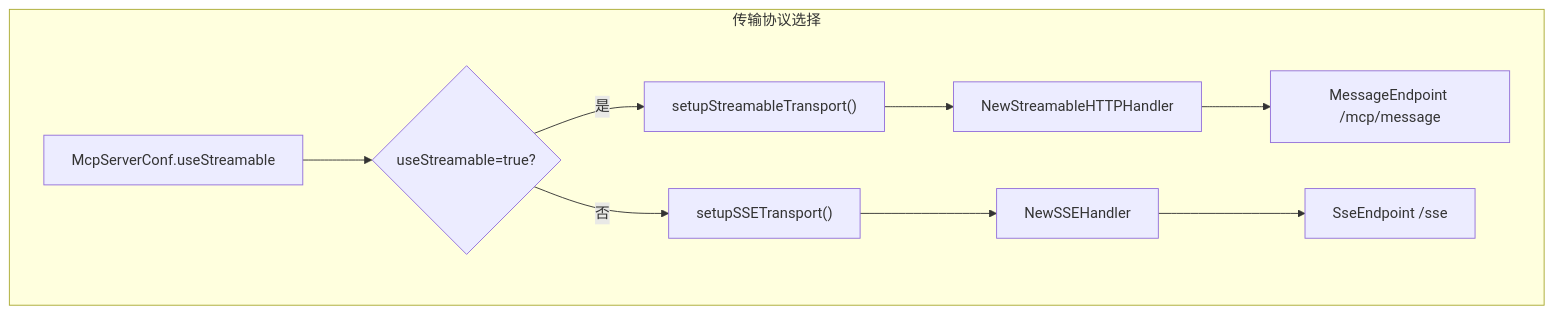
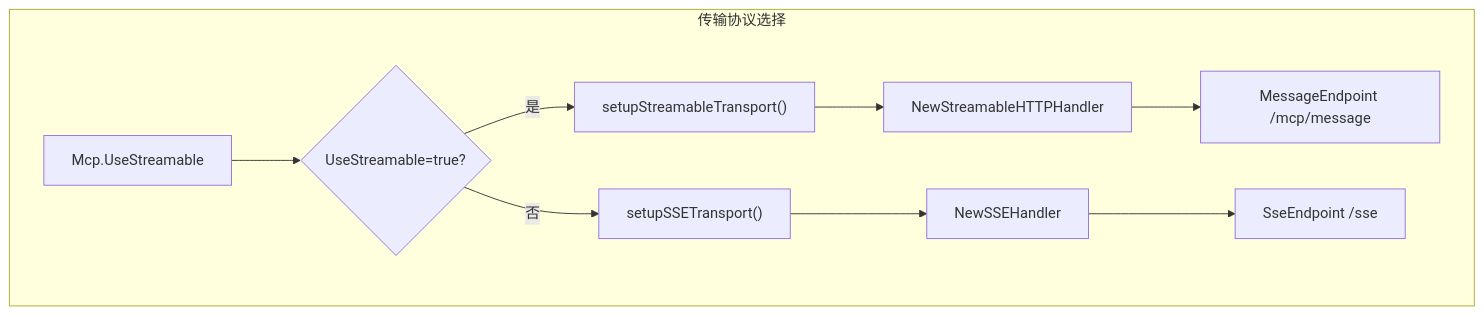
The fifth of 9 diagrams in .qoder/repowiki/zh/content/AI应用模块/MCP服务器.md (maomao94/zero-service), drawn with Mermaid before and after one commit. The commit also changed other lines of this file and 29 other files, not shown here.

````diff
--- a/.qoder/repowiki/zh/content/AI应用模块/MCP服务器.md
+++ b/.qoder/repowiki/zh/content/AI应用模块/MCP服务器.md
@@ -281,12 +288,12 @@
 ```mermaid
 graph TB
 subgraph "传输协议选择"
-A["McpServerConf.useStreamable"] --> B{"useStreamable=true?"}
+A["Mcp.UseStreamable"] --> B{"UseStreamable=true?"}
 B --> |是| C["setupStreamableTransport()"]
 B --> |否| D["setupSSETransport()"]
 C --> E["NewStreamableHTTPHandler"]
 D --> F["NewSSEHandler"]
 E --> G["MessageEndpoint /mcp/message"]
 F --> H["SseEndpoint /sse"]
 end
 ```
````
